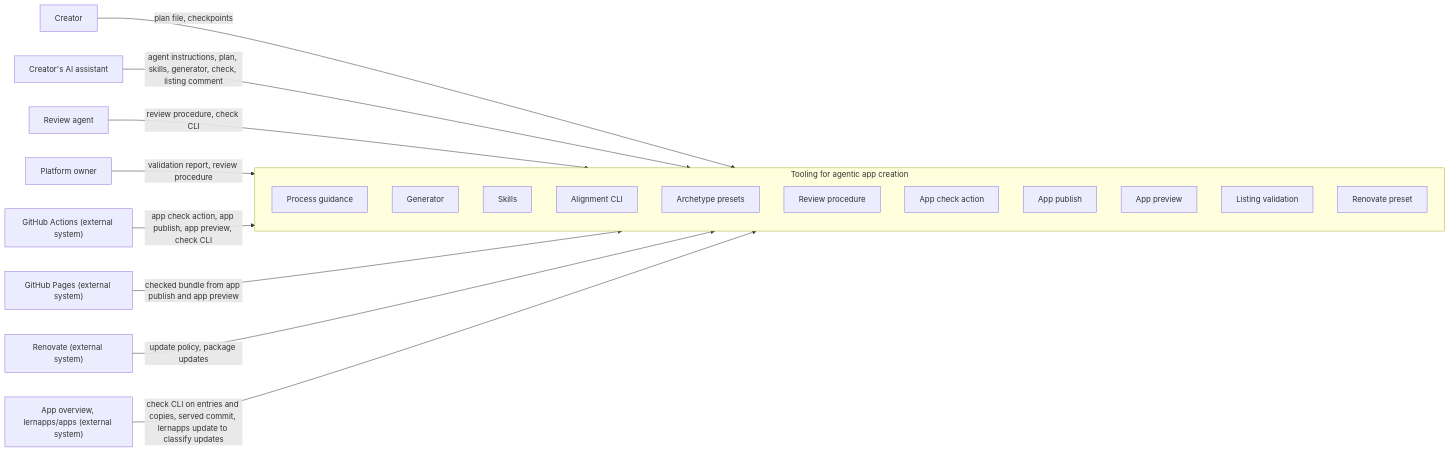
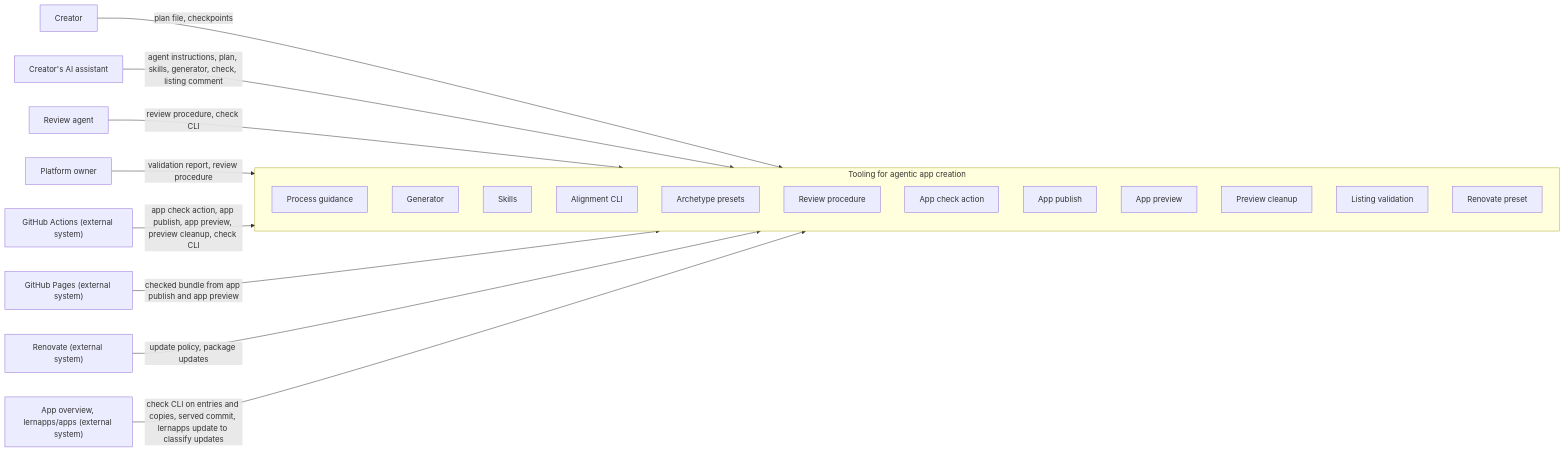
The diagram in docs/arc42/03-system-context.arc42.md (lernapps/tooling), drawn with Mermaid before and after one commit. The commit also changed other lines of this file and 18 other files, not shown here.

````diff
--- a/docs/arc42/03-system-context.arc42.md
+++ b/docs/arc42/03-system-context.arc42.md
@@ -33,32 +33,33 @@
 ```mermaid
 flowchart LR
     actor-creator["Creator"]
     actor-assistant["Creator's AI assistant"]
     actor-owner["Platform owner"]
     actor-review-agent["Review agent"]
     actor-github-actions["GitHub Actions (external system)"]
     actor-github-pages["GitHub Pages (external system)"]
     actor-renovate["Renovate (external system)"]
     actor-app-overview["App overview, lernapps/apps (external system)"]
     subgraph tooling["Tooling for agentic app creation"]
         bb-process-guidance["Process guidance"]
         bb-generator["Generator"]
         bb-skills["Skills"]
         bb-check-cli["Alignment CLI"]
         bb-archetypes["Archetype presets"]
         bb-review-procedure["Review procedure"]
         bb-app-check-action["App check action"]
         bb-app-publish["App publish"]
         bb-app-preview["App preview"]
+        bb-preview-cleanup["Preview cleanup"]
         bb-listing-validation["Listing validation"]
         bb-renovate-preset["Renovate preset"]
     end
     actor-creator -->|"plan file, checkpoints"| tooling
     actor-assistant -->|"agent instructions, plan, skills, generator, check, listing comment"| tooling
     actor-review-agent -->|"review procedure, check CLI"| tooling
     actor-owner -->|"validation report, review procedure"| tooling
-    actor-github-actions -->|"app check action, app publish, app preview, check CLI"| tooling
+    actor-github-actions -->|"app check action, app publish, app preview, preview cleanup, check CLI"| tooling
     actor-github-pages -->|"checked bundle from app publish and app preview"| tooling
     actor-renovate -->|"update policy, package updates"| tooling
     actor-app-overview -->|"check CLI on entries and copies, served commit, lernapps update to classify updates"| tooling
 ```
````
